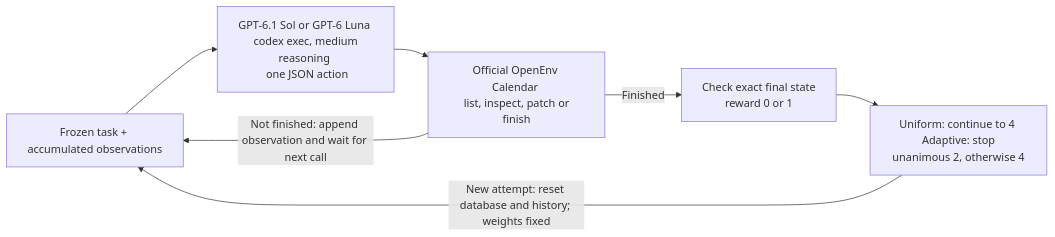
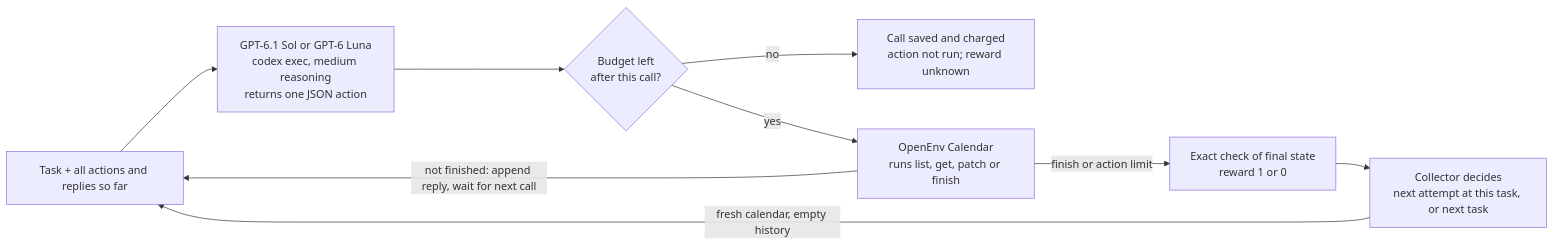
The second of 2 diagrams in notebooks/27-adaptive-knowledge-rollouts/README.md (k-sandhu/experiment-notebooks), drawn with Mermaid before and after one commit. The commit also changed other lines of this file and 3 other files, not shown here.

````diff
--- a/notebooks/27-adaptive-knowledge-rollouts/README.md
+++ b/notebooks/27-adaptive-knowledge-rollouts/README.md
@@ -548,9 +108,11 @@
 ```mermaid
 flowchart LR
-  task["Frozen task + accumulated observations"] --> model["GPT-6.1 Sol or GPT-6 Luna <br/> codex exec, medium reasoning <br/> one JSON action"]
-  model --> calendar["Official OpenEnv Calendar <br/> list, inspect, patch or finish"]
-  calendar -->|"Not finished: append observation and wait for next call"| task
-  calendar -->|"Finished"| verifier["Check exact final state <br/> reward 0 or 1"]
-  verifier --> allocator["Uniform: continue to 4 <br/> Adaptive: stop unanimous 2, otherwise 4"]
-  allocator -->|"New attempt: reset database and history; weights fixed"| task
+    task["Task + all actions and replies so far"] --> model["GPT-6.1 Sol or GPT-6 Luna<br/>codex exec, medium reasoning<br/>returns one JSON action"]
+    model --> budget{"Budget left<br/>after this call?"}
+    budget -->|"no"| unknown["Call saved and charged<br/>action not run; reward unknown"]
+    budget -->|"yes"| env["OpenEnv Calendar<br/>runs list, get, patch or finish"]
+    env -->|"not finished: append reply, wait for next call"| task
+    env -->|"finish or action limit"| check["Exact check of final state<br/>reward 1 or 0"]
+    check --> collector["Collector decides<br/>next attempt at this task, or next task"]
+    collector -->|"fresh calendar, empty history"| task
 ```
````
